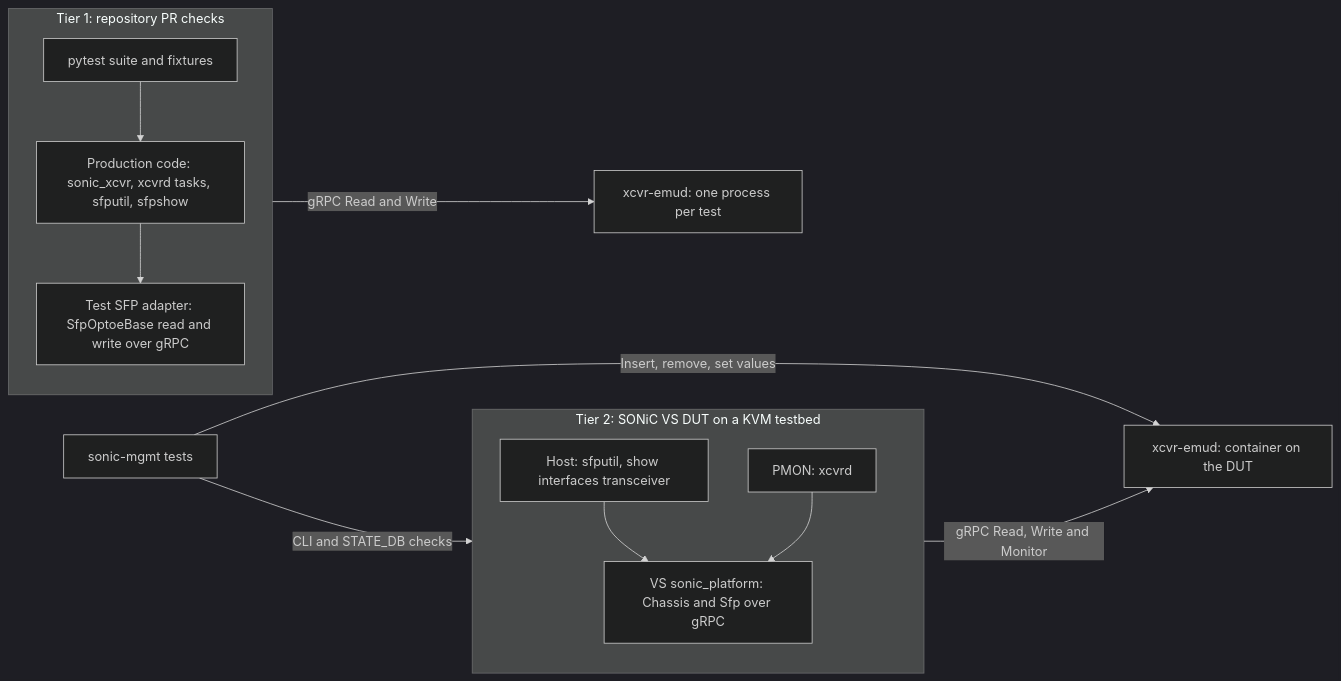
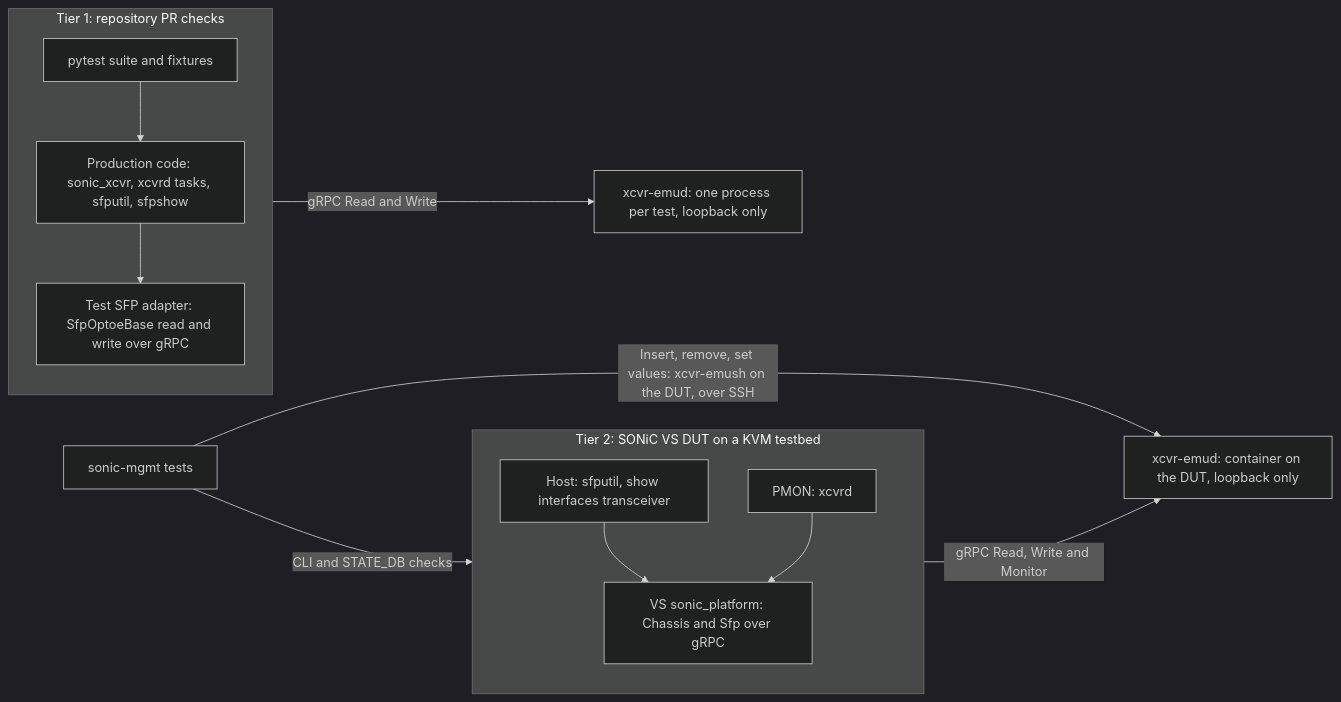
Before and after one commit to sonic-net/SONiC: the first of 2 diagrams in doc/xcvr-emu/xcvr-emu-ci-hld.md, drawn with Mermaid (dark theme). The commit also changed other lines of this file, not shown here.

First line of the commit message:
[doc]: Address xcvr-emu CI HLD review comments

````diff
--- a/doc/xcvr-emu/xcvr-emu-ci-hld.md
+++ b/doc/xcvr-emu/xcvr-emu-ci-hld.md
@@ -169,25 +170,25 @@
 ```mermaid
 flowchart LR
     subgraph tier1["Tier 1: repository PR checks"]
         direction TB
         t1test["pytest suite and fixtures"]
         t1code["Production code: sonic_xcvr, xcvrd tasks, sfputil, sfpshow"]
         t1adapter["Test SFP adapter: SfpOptoeBase read and write over gRPC"]
         t1test --> t1code --> t1adapter
     end
     subgraph tier2["Tier 2: SONiC VS DUT on a KVM testbed"]
         direction TB
         t2cli["Host: sfputil, show interfaces transceiver"]
         t2xcvrd["PMON: xcvrd"]
         t2plat["VS sonic_platform: Chassis and Sfp over gRPC"]
         t2cli --> t2plat
         t2xcvrd --> t2plat
     end
-    emu1["xcvr-emud: one process per test"]
-    emu2["xcvr-emud: container on the DUT"]
+    emu1["xcvr-emud: one process per test, loopback only"]
+    emu2["xcvr-emud: container on the DUT, loopback only"]
     mgmt["sonic-mgmt tests"]
     t1adapter -- "gRPC Read and Write" --> emu1
     t2plat -- "gRPC Read, Write and Monitor" --> emu2
     mgmt -- "CLI and STATE_DB checks" --> t2cli
-    mgmt -- "Insert, remove, set values" --> emu2
+    mgmt -- "Insert, remove, set values: xcvr-emush on the DUT, over SSH" --> emu2
 ```
````
